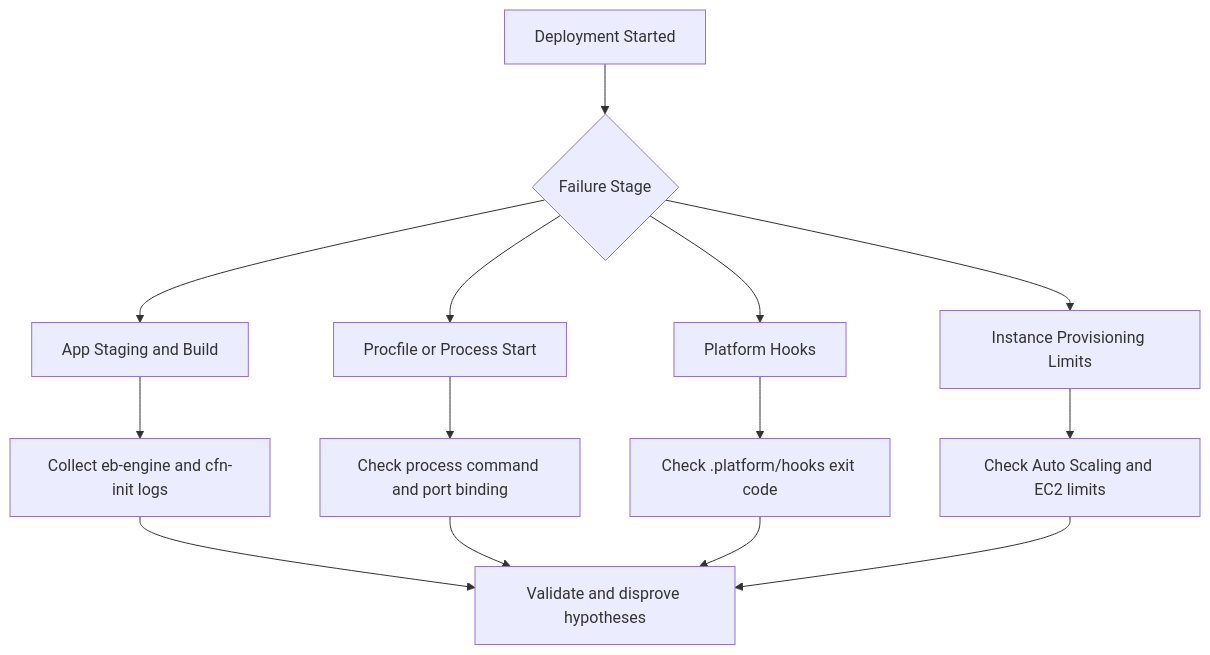
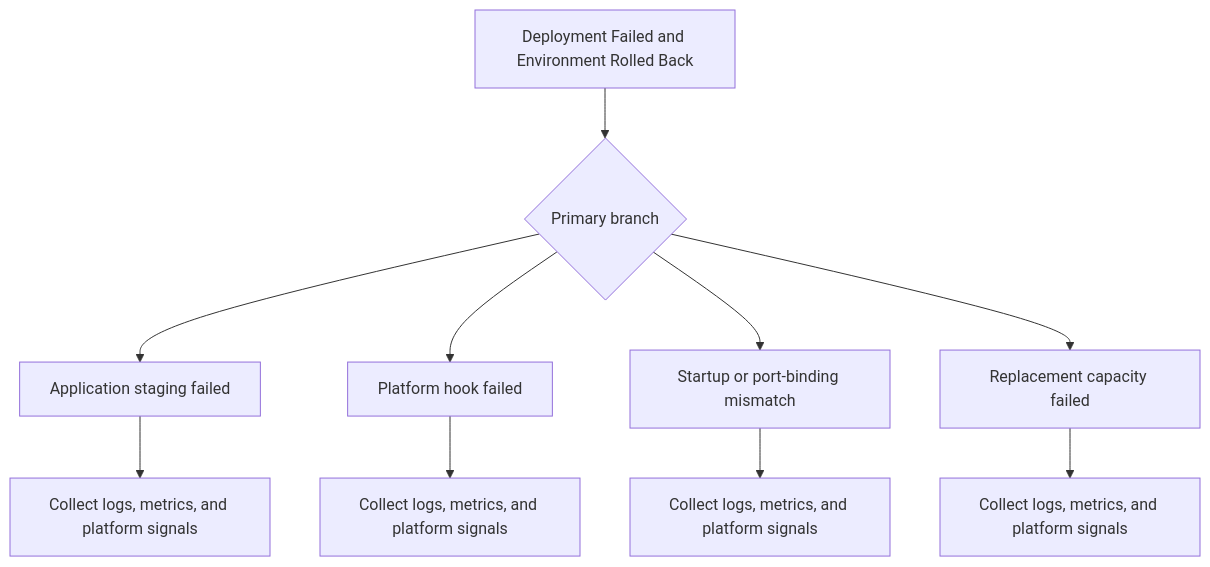
One commit to yeongseon/aws-elastic-beanstalk-practical-guide changed the first of 2 diagrams in docs/troubleshooting/playbooks/deployment-availability/deployment-failed.md. Above: the diagram before and after it, drawn with Mermaid. The commit also changed other lines of this file and 223 other files, not shown here.

````diff
--- a/docs/troubleshooting/playbooks/deployment-availability/deployment-failed.md
+++ b/docs/troubleshooting/playbooks/deployment-availability/deployment-failed.md
@@ -12,16 +6,12 @@
 ```mermaid
 flowchart TD
-    A[Deployment Started] --> B{Failure Stage}
-    B --> C[App Staging and Build]
-    B --> D[Procfile or Process Start]
-    B --> E[Platform Hooks]
-    B --> F[Instance Provisioning Limits]
-    C --> G[Collect eb-engine and cfn-init logs]
-    D --> H[Check process command and port binding]
-    E --> I[Check .platform/hooks exit code]
-    F --> J[Check Auto Scaling and EC2 limits]
-    G --> K[Validate and disprove hypotheses]
-    H --> K
-    I --> K
-    J --> K
+    A[Deployment Failed and Environment Rolled Back] --> B{Primary branch}
+    B --> C1[Application staging failed]
+    C1 --> D1[Collect logs, metrics, and platform signals]
+    B --> C2[Platform hook failed]
+    C2 --> D2[Collect logs, metrics, and platform signals]
+    B --> C3[Startup or port-binding mismatch]
+    C3 --> D3[Collect logs, metrics, and platform signals]
+    B --> C4[Replacement capacity failed]
+    C4 --> D4[Collect logs, metrics, and platform signals]
 ```
````
